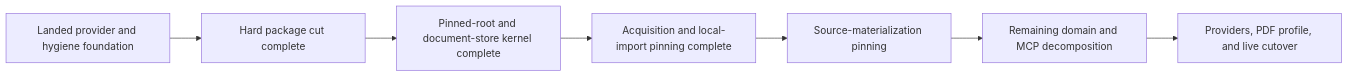
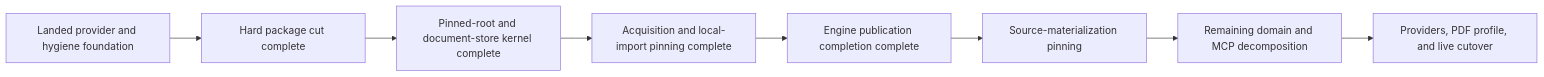
Before and after one commit to aghado01/codex-scientiae: the diagram in issues/mcp-servers/discussion/sol-open-items.md, drawn with Mermaid. The commit also changed other lines of this file and 13 other files, not shown here.

Commit message:
complete pinned engine publication

````diff
--- a/issues/mcp-servers/discussion/sol-open-items.md
+++ b/issues/mcp-servers/discussion/sol-open-items.md
@@ -17,9 +17,10 @@
 ```mermaid
 flowchart LR
     A["Landed provider and hygiene foundation"] --> B["Hard package cut complete"]
     B --> C["Pinned-root and document-store kernel complete"]
     C --> D["Acquisition and local-import pinning complete"]
-    D --> E["Source-materialization pinning"]
-    E --> F["Remaining domain and MCP decomposition"]
-    F --> G["Providers, PDF profile, and live cutover"]
+    D --> E["Engine publication completion complete"]
+    E --> F["Source-materialization pinning"]
+    F --> G["Remaining domain and MCP decomposition"]
+    G --> H["Providers, PDF profile, and live cutover"]
 ```
````
